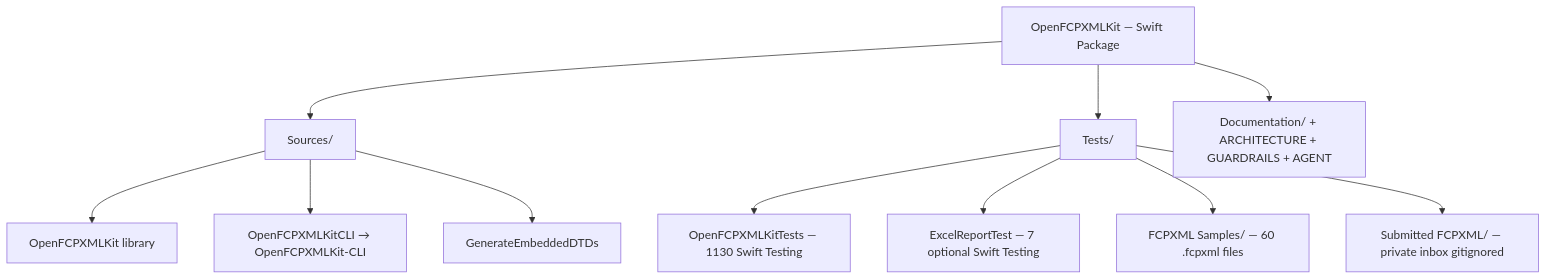
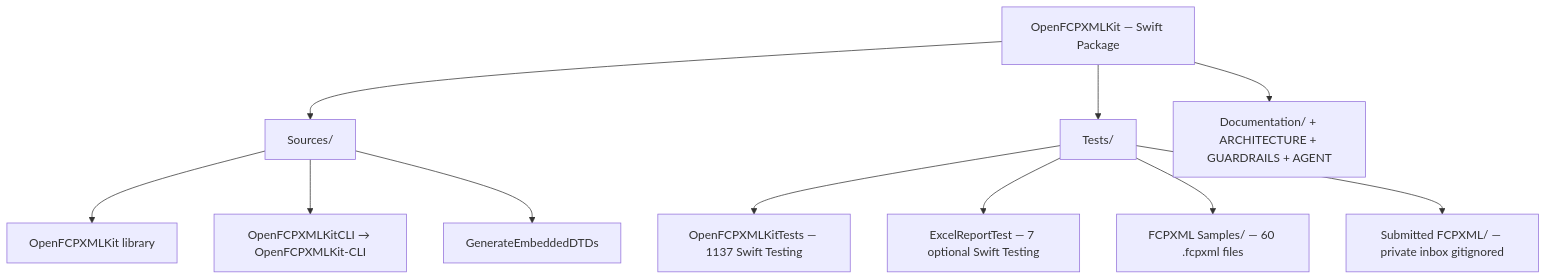
The first of 6 diagrams in ARCHITECTURE.md (TheAcharya/OpenFCPXMLKit), drawn with Mermaid before and after one commit. The commit also changed other lines of this file and 20 other files, not shown here.

````diff
--- a/ARCHITECTURE.md
+++ b/ARCHITECTURE.md
@@ -209,17 +211,17 @@
 ```mermaid
 flowchart TB
     Pkg["OpenFCPXMLKit — Swift Package"]
 
     Pkg --> SRC["Sources/"]
     Pkg --> TST["Tests/"]
     Pkg --> DOC["Documentation/ + ARCHITECTURE + GUARDRAILS + AGENT"]
 
     SRC --> LIB["OpenFCPXMLKit library"]
     SRC --> CLI["OpenFCPXMLKitCLI → OpenFCPXMLKit-CLI"]
     SRC --> GEN["GenerateEmbeddedDTDs"]
 
-    TST --> OKT["OpenFCPXMLKitTests — 1130 Swift Testing"]
+    TST --> OKT["OpenFCPXMLKitTests — 1137 Swift Testing"]
     TST --> ERT["ExcelReportTest — 7 optional Swift Testing"]
     TST --> SMP["FCPXML Samples/ — 60 .fcpxml files"]
     TST --> SUB["Submitted FCPXML/ — private inbox gitignored"]
 ```
````
